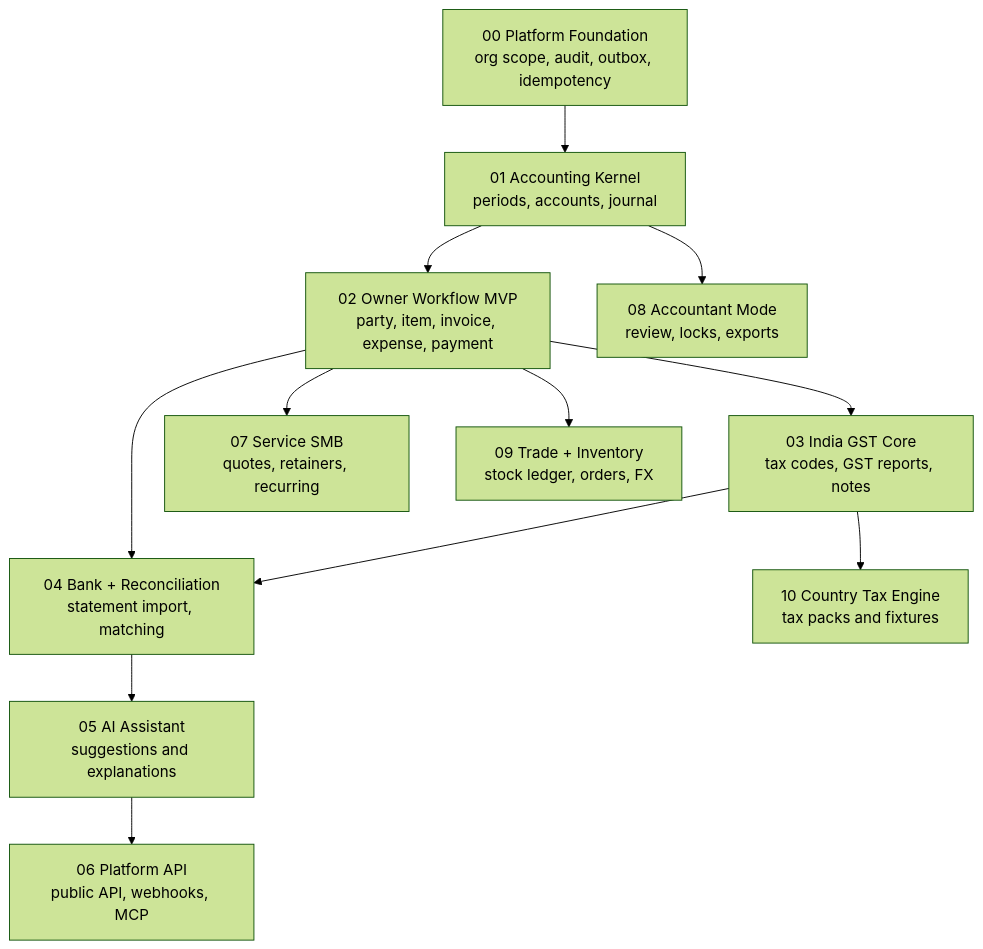
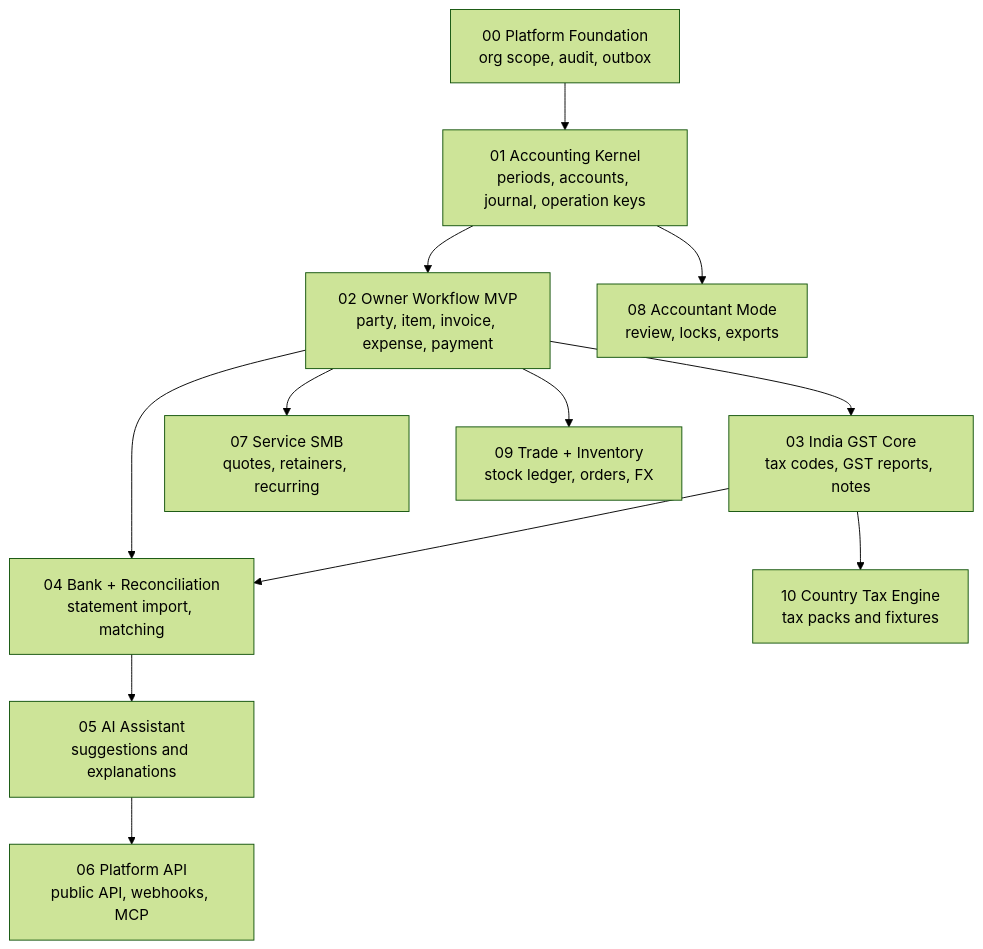
Before and after one commit to isherbuilds/edernal-books: the diagram in docs/superpowers/plans/2026-06-16-plan-set-index.md, drawn with Mermaid (forest theme). The commit also changed other lines of this file and 35 other files, not shown here.

Commit message:
feat: align platform foundation scope

````diff
--- a/docs/superpowers/plans/2026-06-16-plan-set-index.md
+++ b/docs/superpowers/plans/2026-06-16-plan-set-index.md
@@ -72,14 +78,14 @@
 ```mermaid
 flowchart TD
-  P0["00 Platform Foundation<br/>org scope, audit, outbox, idempotency"] --> P1["01 Accounting Kernel<br/>periods, accounts, journal"]
+  P0["00 Platform Foundation<br/>org scope, audit, outbox"] --> P1["01 Accounting Kernel<br/>periods, accounts, journal, operation keys"]
   P1 --> P2["02 Owner Workflow MVP<br/>party, item, invoice, expense, payment"]
   P2 --> P3["03 India GST Core<br/>tax codes, GST reports, notes"]
   P2 --> P4["04 Bank + Reconciliation<br/>statement import, matching"]
   P3 --> P4
   P4 --> P5["05 AI Assistant<br/>suggestions and explanations"]
   P5 --> P6["06 Platform API<br/>public API, webhooks, MCP"]
   P2 --> P7["07 Service SMB<br/>quotes, retainers, recurring"]
   P1 --> P8["08 Accountant Mode<br/>review, locks, exports"]
   P2 --> P9["09 Trade + Inventory<br/>stock ledger, orders, FX"]
   P3 --> P10["10 Country Tax Engine<br/>tax packs and fixtures"]
 ```
````
